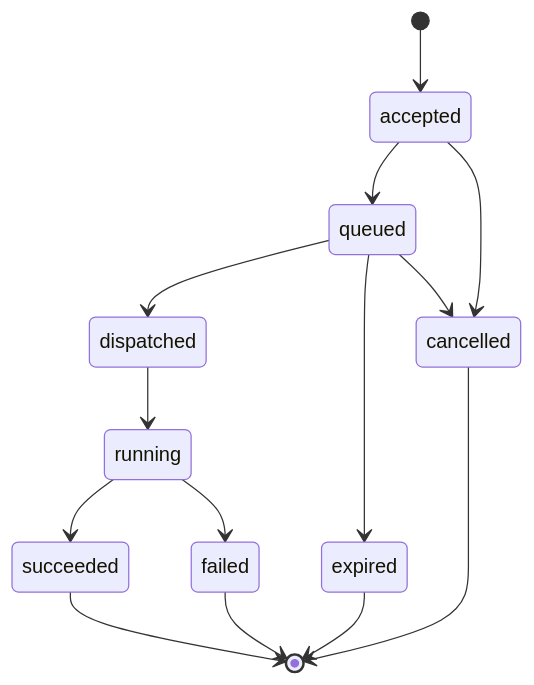
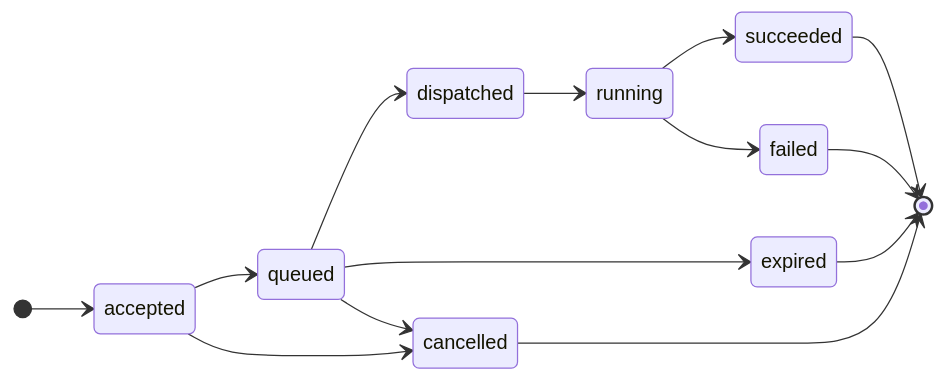
The third of 3 diagrams in README.md (MCYX12/company-ai-network), drawn with Mermaid before and after one commit. The commit also changed other lines of this file and 2 other files, not shown here.

````diff
--- a/README.md
+++ b/README.md
@@ -115,16 +116,17 @@
 ```mermaid
 stateDiagram-v2
+    direction LR
     [*] --> accepted
     accepted --> queued
     queued --> dispatched
     dispatched --> running
     running --> succeeded
     running --> failed
     queued --> expired
     accepted --> cancelled
     queued --> cancelled
     succeeded --> [*]
     failed --> [*]
     expired --> [*]
     cancelled --> [*]
 ```
````
